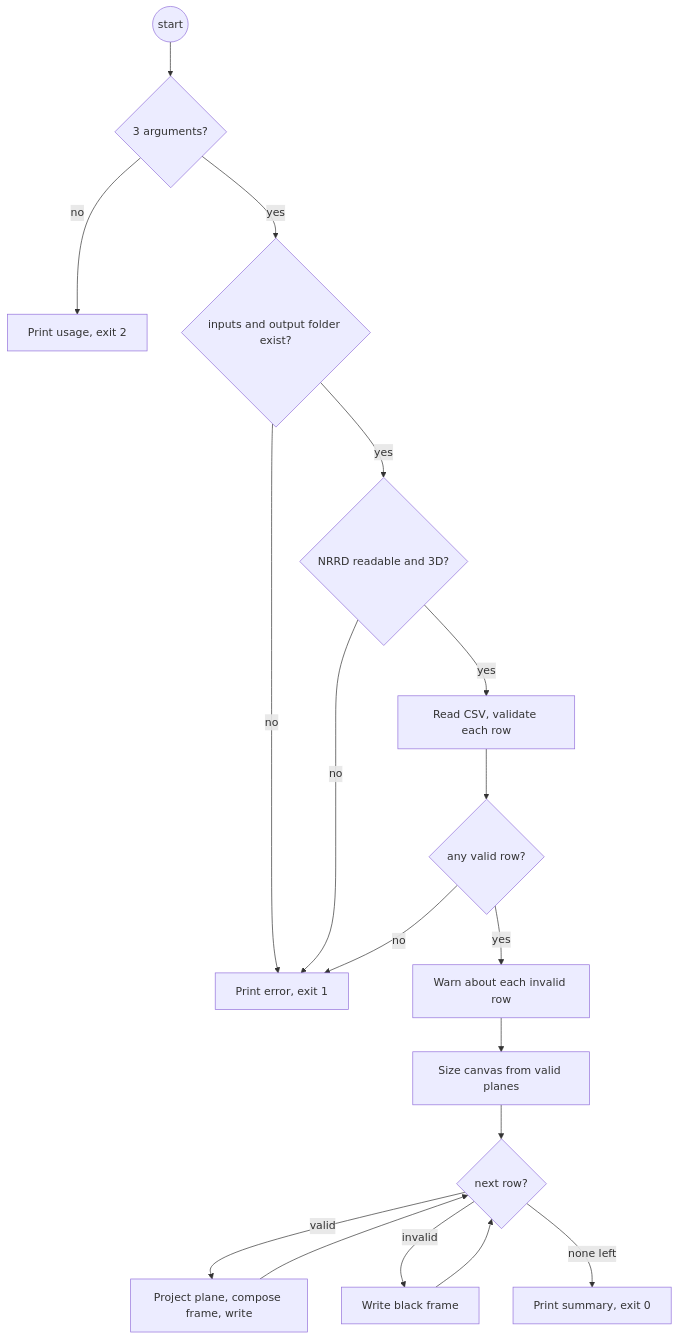
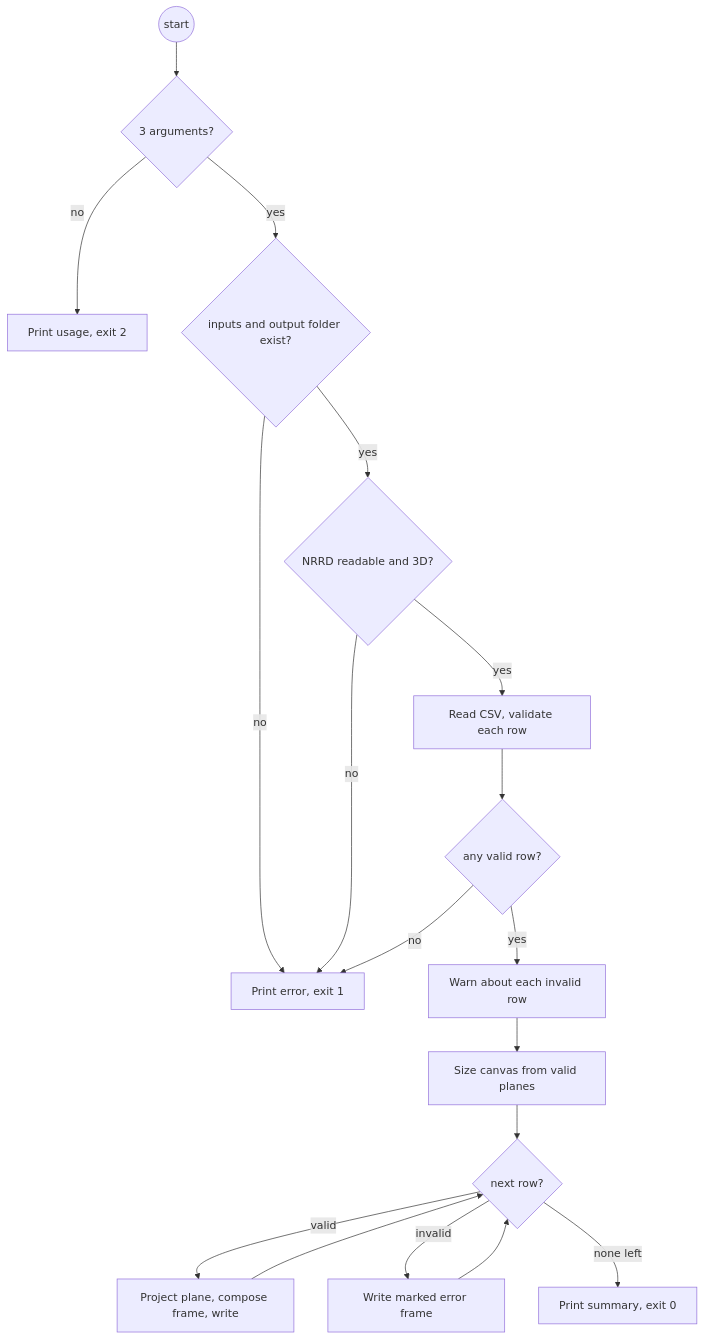
One commit to dniel1754-hub/Ex1-Algorithm changed the diagram in SRS.md. Above: the diagram before and after it, drawn with Mermaid. The commit also changed other lines of this file and 10 other files, not shown here.

Commit message:
Docs: ADR-0005 marked error frames, ADR-0001 Q&A note, traceability, and explanation

````diff
--- a/SRS.md
+++ b/SRS.md
@@ -129,20 +130,20 @@
 ```mermaid
 flowchart TD
     start((start)) --> args{3 arguments?}
     args -- no --> usage[Print usage, exit 2]
     args -- yes --> files{inputs and output folder exist?}
     files -- no --> err1[Print error, exit 1]
     files -- yes --> load{NRRD readable and 3D?}
     load -- no --> err1
     load -- yes --> read[Read CSV, validate each row]
     read --> any{any valid row?}
     any -- no --> err1
     any -- yes --> warn[Warn about each invalid row]
     warn --> canvas[Size canvas from valid planes]
     canvas --> next{next row?}
     next -- valid --> proj[Project plane, compose frame, write]
-    next -- invalid --> black[Write black frame]
+    next -- invalid --> errframe[Write marked error frame]
     proj --> next
-    black --> next
+    errframe --> next
     next -- none left --> done[Print summary, exit 0]
 ```
````
